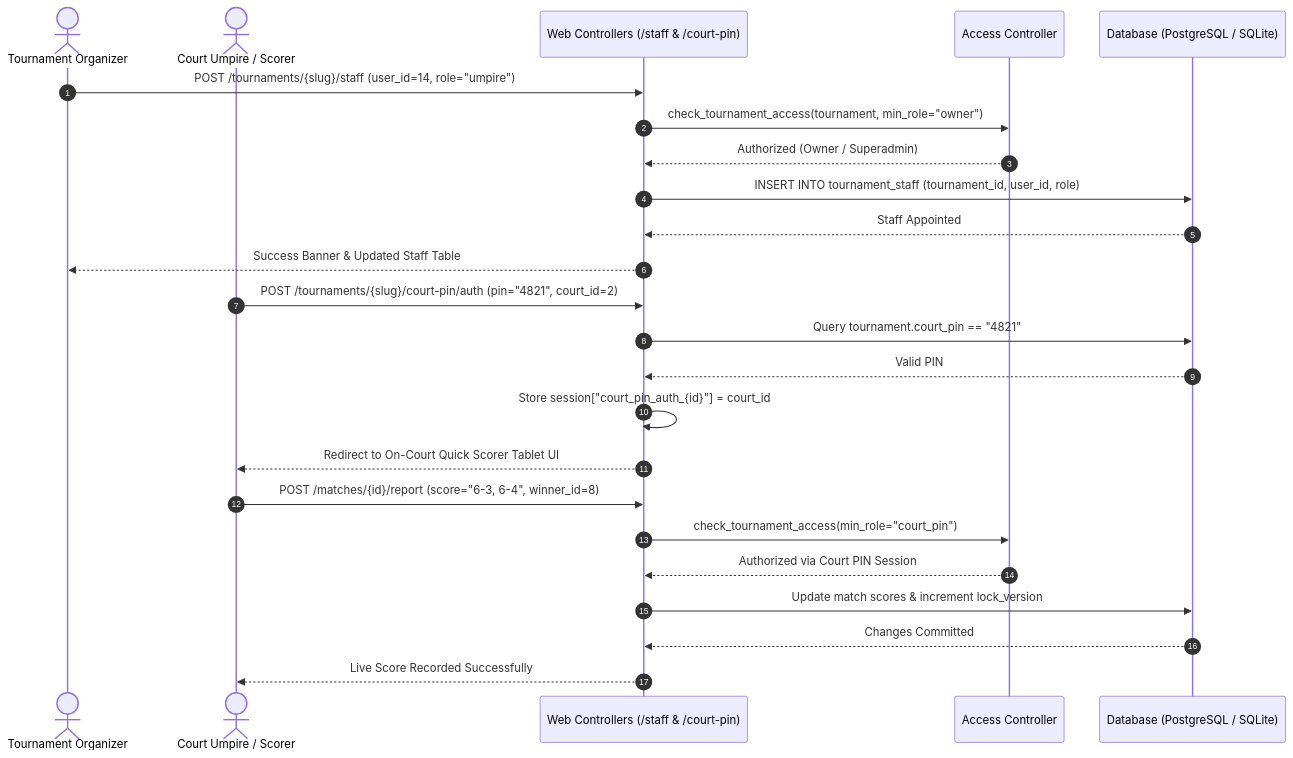
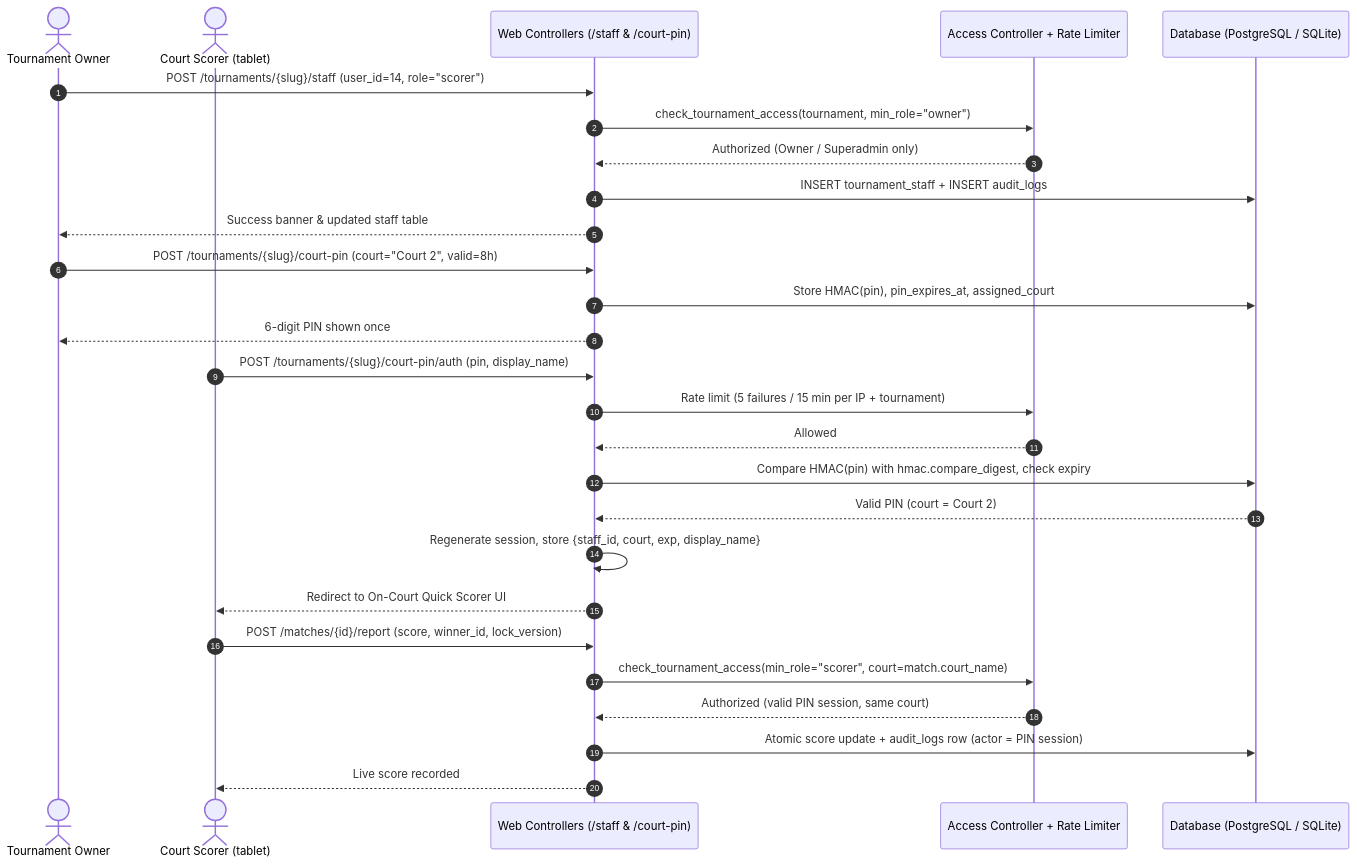
One commit to rahilmehta-24/TourneyPro changed the second of 2 diagrams in docs/ARCHITECTURE.md. Above: the diagram before and after it, drawn with Mermaid. The commit also changed other lines of this file and 21 other files, not shown here.

Commit message:
feat: add role aliases, public schemas, and security hardening for tournament staff access

````diff
--- a/docs/ARCHITECTURE.md
+++ b/docs/ARCHITECTURE.md
@@ -282,29 +301,33 @@
 ```mermaid
 sequenceDiagram
     autonumber
-    actor Org as Tournament Organizer
-    actor Umpire as Court Umpire / Scorer
+    actor Org as Tournament Owner
+    actor Umpire as Court Scorer (tablet)
     participant Web as Web Controllers (/staff & /court-pin)
-    participant Sec as Access Controller
+    participant Sec as Access Controller + Rate Limiter
     participant DB as Database (PostgreSQL / SQLite)
 
-    Org->>Web: POST /tournaments/{slug}/staff (user_id=14, role="umpire")
+    Org->>Web: POST /tournaments/{slug}/staff (user_id=14, role="scorer")
     Web->>Sec: check_tournament_access(tournament, min_role="owner")
-    Sec-->>Web: Authorized (Owner / Superadmin)
-    Web->>DB: INSERT INTO tournament_staff (tournament_id, user_id, role)
-    DB-->>Web: Staff Appointed
-    Web-->>Org: Success Banner & Updated Staff Table
+    Sec-->>Web: Authorized (Owner / Superadmin only)
+    Web->>DB: INSERT tournament_staff + INSERT audit_logs
+    Web-->>Org: Success banner & updated staff table
 
-    Umpire->>Web: POST /tournaments/{slug}/court-pin/auth (pin="4821", court_id=2)
-    Web->>DB: Query tournament.court_pin == "4821"
-    DB-->>Web: Valid PIN
-    Web->>Web: Store session["court_pin_auth_{id}"] = court_id
-    Web-->>Umpire: Redirect to On-Court Quick Scorer Tablet UI
+    Org->>Web: POST /tournaments/{slug}/court-pin (court="Court 2", valid=8h)
+    Web->>DB: Store HMAC(pin), pin_expires_at, assigned_court
+    Web-->>Org: 6-digit PIN shown once
 
-    Umpire->>Web: POST /matches/{id}/report (score="6-3, 6-4", winner_id=8)
-    Web->>Sec: check_tournament_access(min_role="court_pin")
-    Sec-->>Web: Authorized via Court PIN Session
-    Web->>DB: Update match scores & increment lock_version
-    DB-->>Web: Changes Committed
-    Web-->>Umpire: Live Score Recorded Successfully
+    Umpire->>Web: POST /tournaments/{slug}/court-pin/auth (pin, display_name)
+    Web->>Sec: Rate limit (5 failures / 15 min per IP + tournament)
+    Sec-->>Web: Allowed
+    Web->>DB: Compare HMAC(pin) with hmac.compare_digest, check expiry
+    DB-->>Web: Valid PIN (court = Court 2)
+    Web->>Web: Regenerate session, store {staff_id, court, exp, display_name}
+    Web-->>Umpire: Redirect to On-Court Quick Scorer UI
+
+    Umpire->>Web: POST /matches/{id}/report (score, winner_id, lock_version)
+    Web->>Sec: check_tournament_access(min_role="scorer", court=match.court_name)
+    Sec-->>Web: Authorized (valid PIN session, same court)
+    Web->>DB: Atomic score update + audit_logs row (actor = PIN session)
+    Web-->>Umpire: Live score recorded
 ```
````
